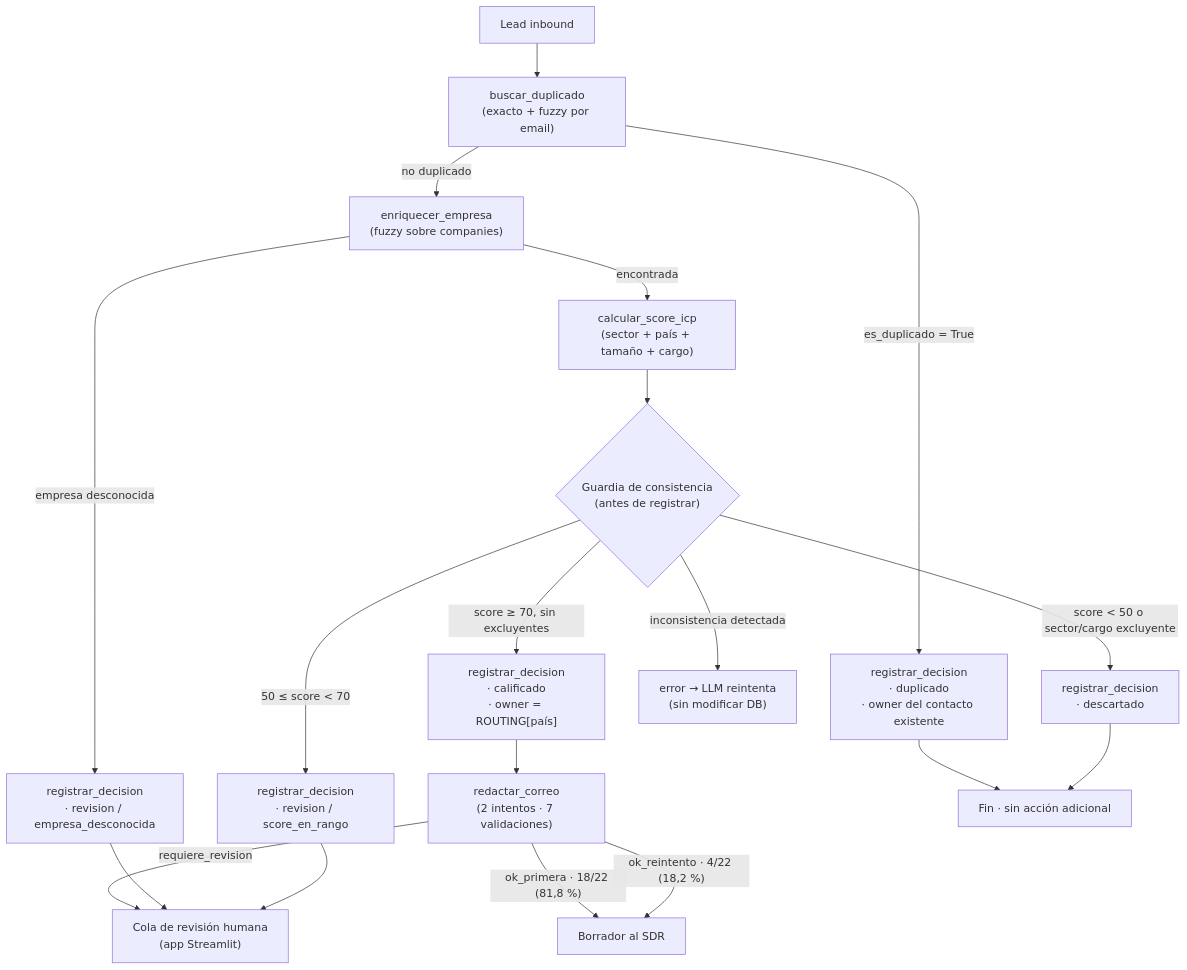
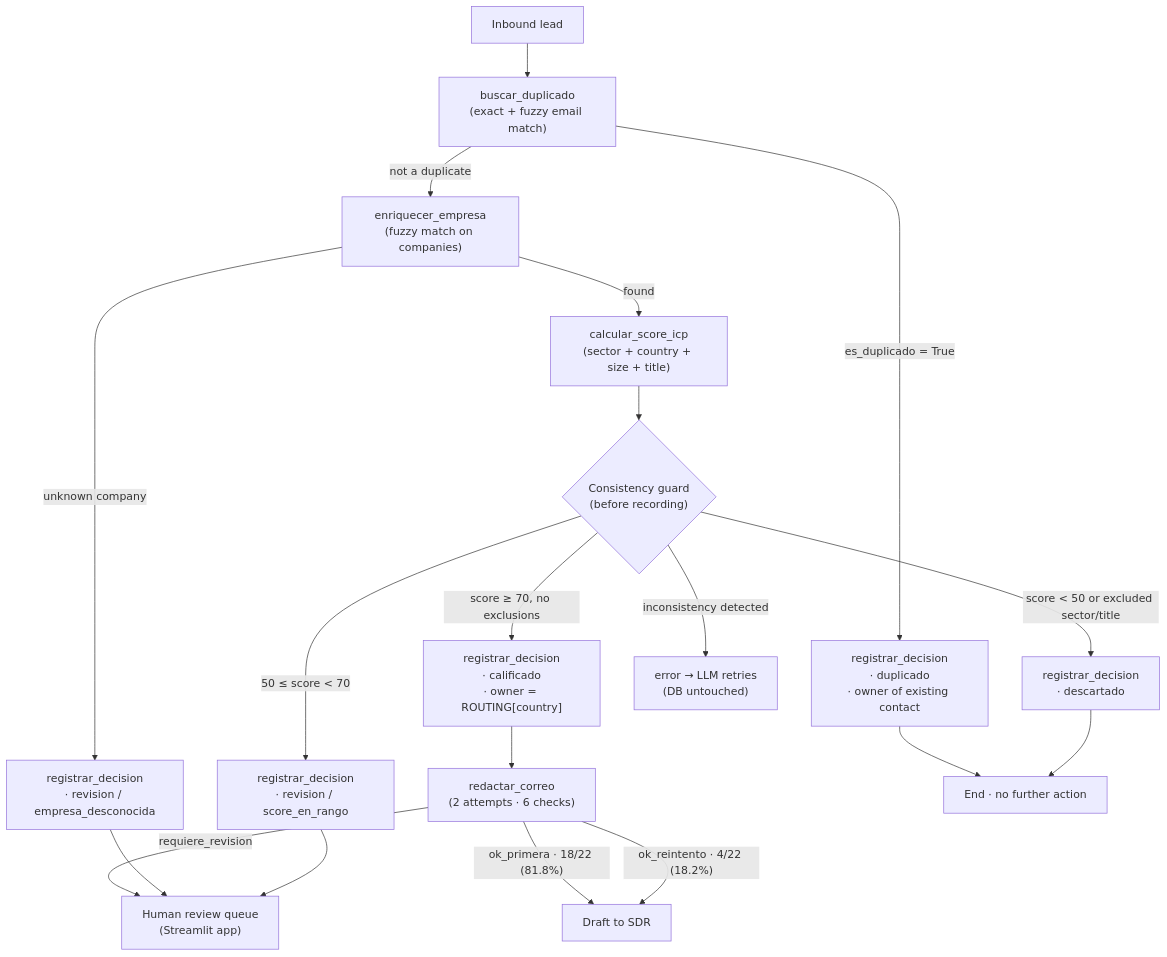
Before and after one commit to danitrosky-dan/lead-triage-agent: the diagram in README.md, drawn with Mermaid. The commit also changed other lines of this file and 5 other files, not shown here.

````diff
--- a/README.md
+++ b/README.md
@@ -29,26 +32,26 @@
 ```mermaid
 flowchart TD
-    IN[Lead inbound] --> T1["buscar_duplicado\n(exacto + fuzzy por email)"]
+    IN[Inbound lead] --> T1["buscar_duplicado\n(exact + fuzzy email match)"]
 
-    T1 -->|es_duplicado = True| REG1["registrar_decision\n· duplicado\n· owner del contacto existente"]
-    T1 -->|no duplicado| T2["enriquecer_empresa\n(fuzzy sobre companies)"]
+    T1 -->|es_duplicado = True| REG1["registrar_decision\n· duplicado\n· owner of existing contact"]
+    T1 -->|not a duplicate| T2["enriquecer_empresa\n(fuzzy match on companies)"]
 
-    T2 -->|empresa desconocida| REG2["registrar_decision\n· revision / empresa_desconocida"]
-    T2 -->|encontrada| T3["calcular_score_icp\n(sector + país + tamaño + cargo)"]
+    T2 -->|unknown company| REG2["registrar_decision\n· revision / empresa_desconocida"]
+    T2 -->|found| T3["calcular_score_icp\n(sector + country + size + title)"]
 
-    T3 --> G{"Guardia de consistencia\n(antes de registrar)"}
-    G -->|"score ≥ 70, sin excluyentes"| REG3["registrar_decision\n· calificado\n· owner = ROUTING[país]"]
+    T3 --> G{"Consistency guard\n(before recording)"}
+    G -->|"score ≥ 70, no exclusions"| REG3["registrar_decision\n· calificado\n· owner = ROUTING[country]"]
     G -->|"50 ≤ score < 70"| REG4["registrar_decision\n· revision / score_en_rango"]
-    G -->|"score < 50 o sector/cargo excluyente"| REG5["registrar_decision\n· descartado"]
-    G -->|inconsistencia detectada| RETRY["error → LLM reintenta\n(sin modificar DB)"]
+    G -->|"score < 50 or excluded sector/title"| REG5["registrar_decision\n· descartado"]
+    G -->|inconsistency detected| RETRY["error → LLM retries\n(DB untouched)"]
 
-    REG3 --> EM["redactar_correo\n(2 intentos · 7 validaciones)"]
-    EM -->|"ok_primera · 18/22 (81,8 %)"| SDR["Borrador al SDR"]
-    EM -->|"ok_reintento · 4/22 (18,2 %)"| SDR
-    EM -->|requiere_revision| COLA["Cola de revisión humana\n(app Streamlit)"]
+    REG3 --> EM["redactar_correo\n(2 attempts · 6 checks)"]
+    EM -->|"ok_primera · 18/22 (81.8%)"| SDR["Draft to SDR"]
+    EM -->|"ok_reintento · 4/22 (18.2%)"| SDR
+    EM -->|requiere_revision| COLA["Human review queue\n(Streamlit app)"]
 
     REG2 --> COLA
     REG4 --> COLA
-    REG1 --> FIN["Fin · sin acción adicional"]
+    REG1 --> FIN["End · no further action"]
     REG5 --> FIN
 ```
````
